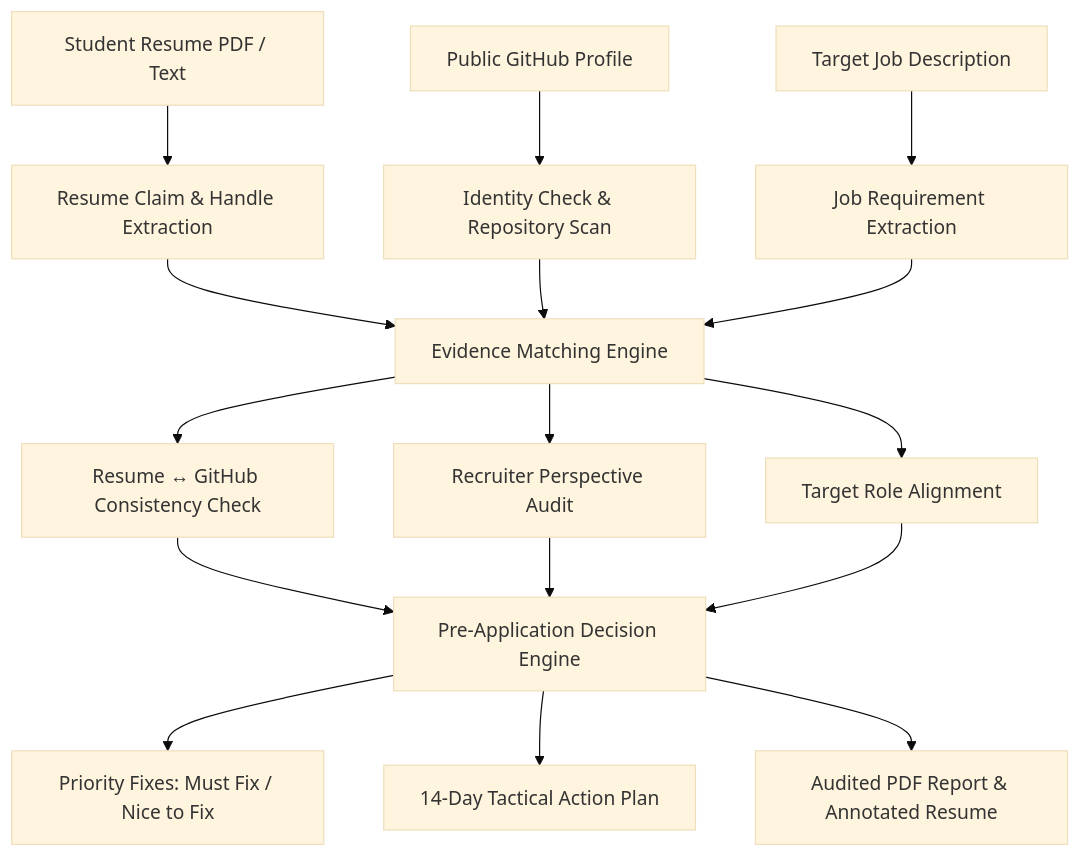
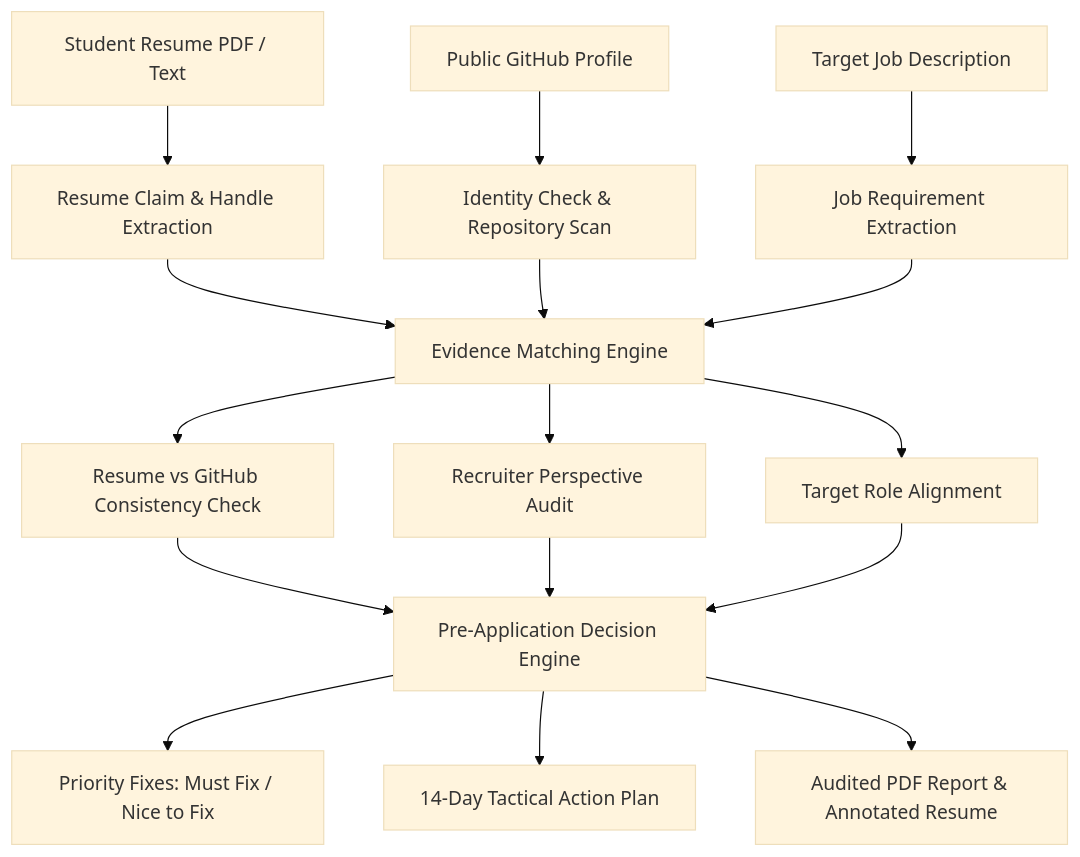
One commit to Prajjwaltripathi20/GapCheck changed the first of 6 diagrams in README.md. Above: the diagram before and after it, drawn with Mermaid (base theme). The commit also changed other lines of this file, not shown here.

Commit message:
fix(docs): fix Mermaid diagram syntax errors for GitHub rich display

````diff
--- a/README.md
+++ b/README.md
@@ -97,22 +97,22 @@
 ```mermaid
 flowchart TD
-    A[Student Resume PDF / Text] --> B[Resume Claim & Handle Extraction]
-    C[Public GitHub Profile] --> D[Identity Check & Repository Scan]
-    E[Target Job Description] --> F[Job Requirement Extraction]
+    A["Student Resume PDF / Text"] --> B["Resume Claim & Handle Extraction"]
+    C["Public GitHub Profile"] --> D["Identity Check & Repository Scan"]
+    E["Target Job Description"] --> F["Job Requirement Extraction"]
 
-    B --> G[Evidence Matching Engine]
+    B --> G["Evidence Matching Engine"]
     D --> G
     F --> G
 
-    G --> H[Resume ↔ GitHub Consistency Check]
-    G --> I[Recruiter Perspective Audit]
-    G --> J[Target Role Alignment]
+    G --> H["Resume vs GitHub Consistency Check"]
+    G --> I["Recruiter Perspective Audit"]
+    G --> J["Target Role Alignment"]
 
-    H --> K[Pre-Application Decision Engine]
+    H --> K["Pre-Application Decision Engine"]
     I --> K
     J --> K
 
-    K --> L[Priority Fixes: Must Fix / Nice to Fix]
-    K --> M[14-Day Tactical Action Plan]
-    K --> N[Audited PDF Report & Annotated Resume]
+    K --> L["Priority Fixes: Must Fix / Nice to Fix"]
+    K --> M["14-Day Tactical Action Plan"]
+    K --> N["Audited PDF Report & Annotated Resume"]
 ```
````
